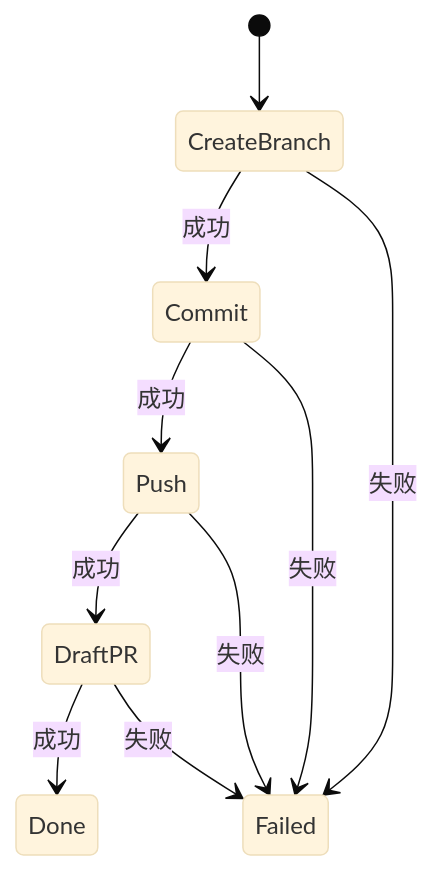
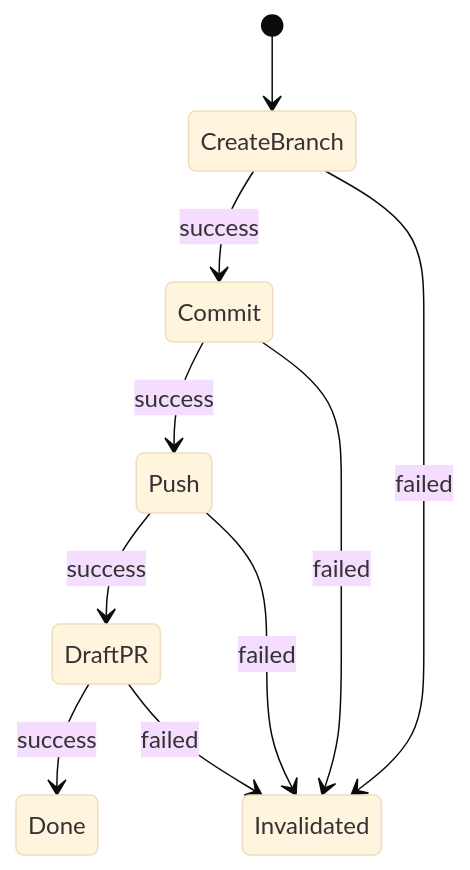
Before and after one commit to Arthur999459up/GitAgent: the tenth of 19 diagrams in docs/08-approval-and-remote-mutations.md, drawn with Mermaid (base theme). The commit also changed other lines of this file and 3 other files, not shown here.

````diff
--- a/docs/08-approval-and-remote-mutations.md
+++ b/docs/08-approval-and-remote-mutations.md
@@ -183,12 +474,12 @@
 ```mermaid
 stateDiagram-v2
     [*] --> CreateBranch
-    CreateBranch --> Commit: 成功
-    Commit --> Push: 成功
-    Push --> DraftPR: 成功
-    DraftPR --> Done: 成功
-    CreateBranch --> Failed: 失败
-    Commit --> Failed: 失败
-    Push --> Failed: 失败
-    DraftPR --> Failed: 失败
+    CreateBranch --> Commit: success
+    Commit --> Push: success
+    Push --> DraftPR: success
+    DraftPR --> Done: success
+    CreateBranch --> Invalidated: failed
+    Commit --> Invalidated: failed
+    Push --> Invalidated: failed
+    DraftPR --> Invalidated: failed
 ```
````
